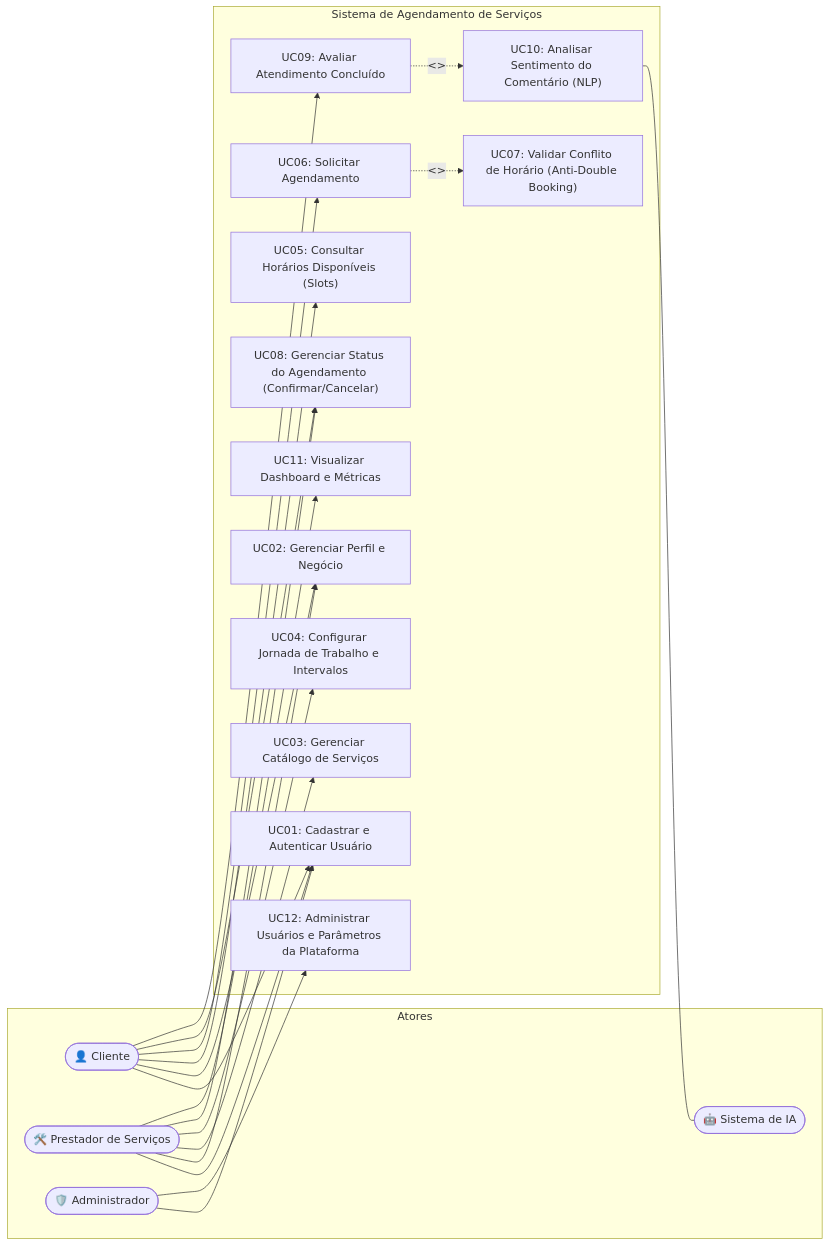
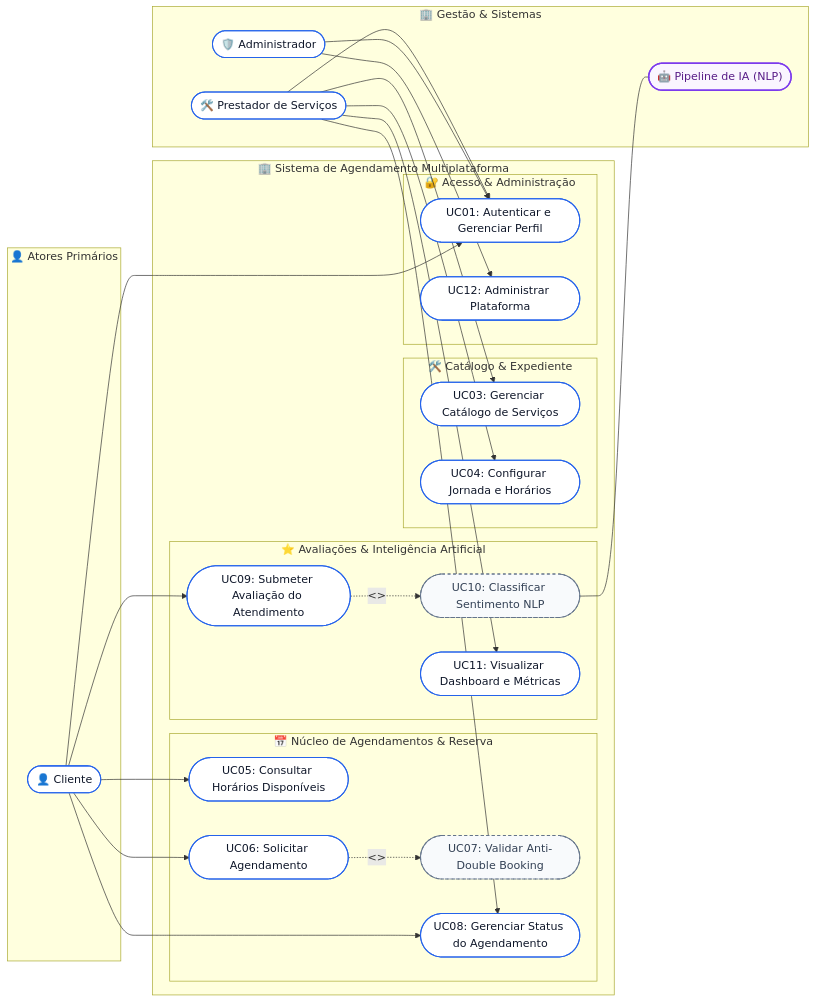
One commit to FatecFranca/DSM-G08-PI6-2026-2 changed the first of 6 diagrams in docs/02_modelagem_arquitetura.md. Above: the diagram before and after it, drawn with Mermaid. The commit also changed other lines of this file and 1 other file, not shown here.

Commit message:
docs(architecture): aprimorar diagramas de caso de uso com alinhamento modular e visoes focalizadas

````diff
--- a/docs/02_modelagem_arquitetura.md
+++ b/docs/02_modelagem_arquitetura.md
@@ -13,45 +19,75 @@
 ```mermaid
 flowchart LR
-    subgraph Atores
+    %% ==========================================
+    %% ATORES PRIMÁRIOS (CLIENTES)
+    %% ==========================================
+    subgraph Atores_Clientes ["👤 Atores Primários"]
         C(["👤 Cliente"])
+    end
+
+    %% ==========================================
+    %% FRONTEIRA DO SISTEMA
+    %% ==========================================
+    subgraph Sistema ["🏢 Sistema de Agendamento Multiplataforma"]
+        
+        subgraph Mod_Agendamento ["📅 Núcleo de Agendamentos & Reserva"]
+            UC05(["UC05: Consultar Horários Disponíveis"])
+            UC06(["UC06: Solicitar Agendamento"])
+            UC07(["UC07: Validar Anti-Double Booking"]):::inc
+            UC08(["UC08: Gerenciar Status do Agendamento"])
+        end
+
+        subgraph Mod_Avaliacao ["⭐ Avaliações & Inteligência Artificial"]
+            UC09(["UC09: Submeter Avaliação do Atendimento"])
+            UC10(["UC10: Classificar Sentimento NLP"]):::inc
+            UC11(["UC11: Visualizar Dashboard e Métricas"])
+        end
+
+        subgraph Mod_Negocio ["🛠️ Catálogo & Expediente"]
+            UC03(["UC03: Gerenciar Catálogo de Serviços"])
+            UC04(["UC04: Configurar Jornada e Horários"])
+        end
+
+        subgraph Mod_Acesso ["🔐 Acesso & Administração"]
+            UC01(["UC01: Autenticar e Gerenciar Perfil"])
+            UC12(["UC12: Administrar Plataforma"])
+        end
+    end
+
+    %% ==========================================
+    %% ATORES SECUNDÁRIOS / GESTÃO E SISTEMAS
+    %% ==========================================
+    subgraph Atores_Gestao ["🏢 Gestão & Sistemas"]
         P(["🛠️ Prestador de Serviços"])
         A(["🛡️ Administrador"])
-        IA(["🤖 Sistema de IA"])
+        IA(["🤖 Pipeline de IA (NLP)"]):::ai
     end
 
-    subgraph "Sistema de Agendamento de Serviços"
-        UC01["UC01: Cadastrar e Autenticar Usuário"]
-        UC02["UC02: Gerenciar Perfil e Negócio"]
-        UC03["UC03: Gerenciar Catálogo de Serviços"]
-        UC04["UC04: Configurar Jornada de Trabalho e Intervalos"]
-        UC05["UC05: Consultar Horários Disponíveis (Slots)"]
-        UC06["UC06: Solicitar Agendamento"]
-        UC07["UC07: Validar Conflito de Horário (Anti-Double Booking)"]
-        UC08["UC08: Gerenciar Status do Agendamento (Confirmar/Cancelar)"]
-        UC09["UC09: Avaliar Atendimento Concluído"]
-        UC10["UC10: Analisar Sentimento do Comentário (NLP)"]
-        UC11["UC11: Visualizar Dashboard e Métricas"]
-        UC12["UC12: Administrar Usuários e Parâmetros da Plataforma"]
-    end
-
+    %% Relações do Cliente
     C --> UC01
-    C --> UC02
     C --> UC05
     C --> UC06
     C --> UC08
     C --> UC09
 
+    %% Dependências Internas (Include e Trigger)
+    UC06 -.->|"<<include>>"| UC07
+    UC09 -.->|"<<trigger>>"| UC10
+    UC10 --- IA
+
+    %% Relações do Prestador
     P --> UC01
-    P --> UC02
     P --> UC03
     P --> UC04
     P --> UC08
     P --> UC11
 
+    %% Relações do Administrador
     A --> UC01
     A --> UC12
 
-    UC06 -.->|<<include>>| UC07
-    UC09 -.->|<<trigger>>| UC10
-    UC10 --- IA
+    %% Definições de Estilo
+    classDef default fill:#ffffff,stroke:#2563eb,stroke-width:1.5px,color:#0f172a;
+    classDef inc fill:#f8fafc,stroke:#64748b,stroke-width:1.5px,stroke-dasharray: 4 4,color:#334155;
+    classDef ai fill:#faf5ff,stroke:#7c3aed,stroke-width:2px,color:#581c87;
 ```
````
